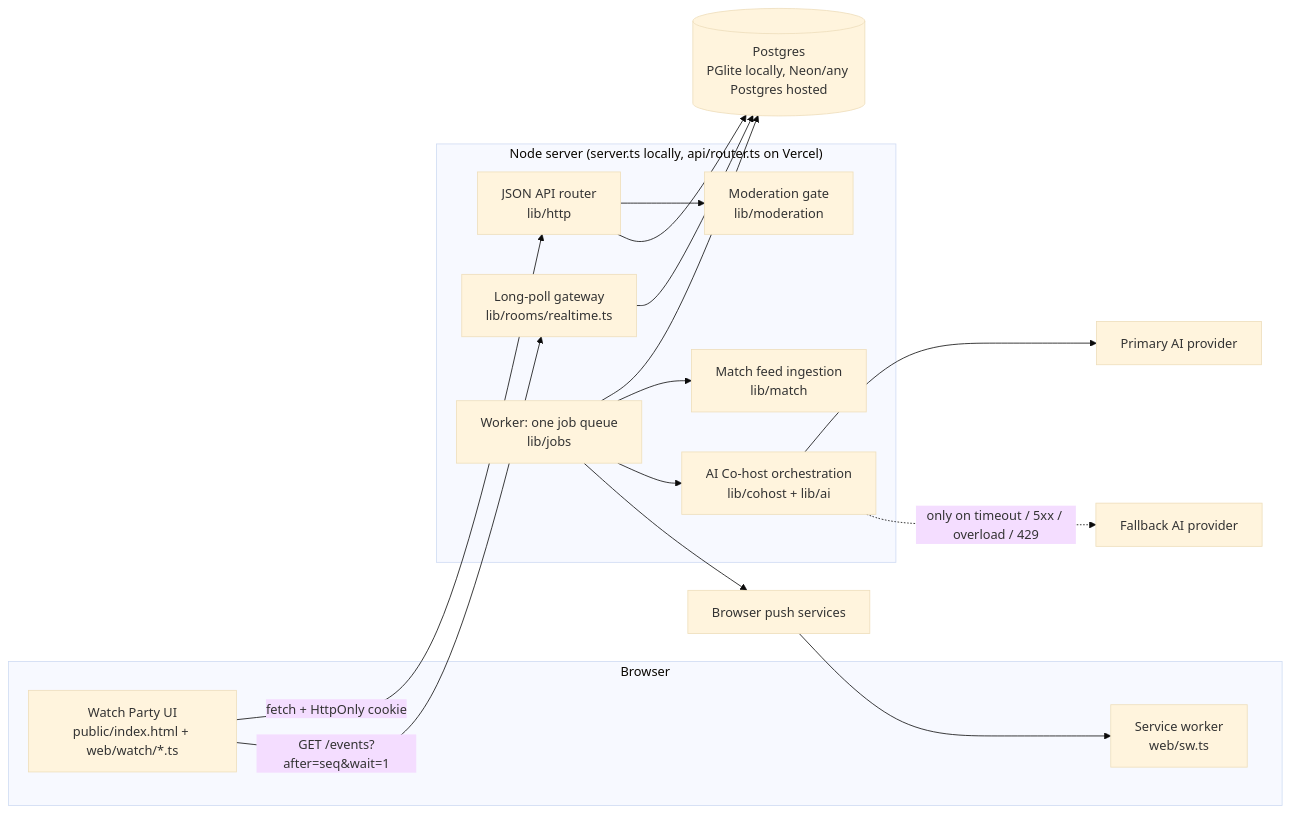
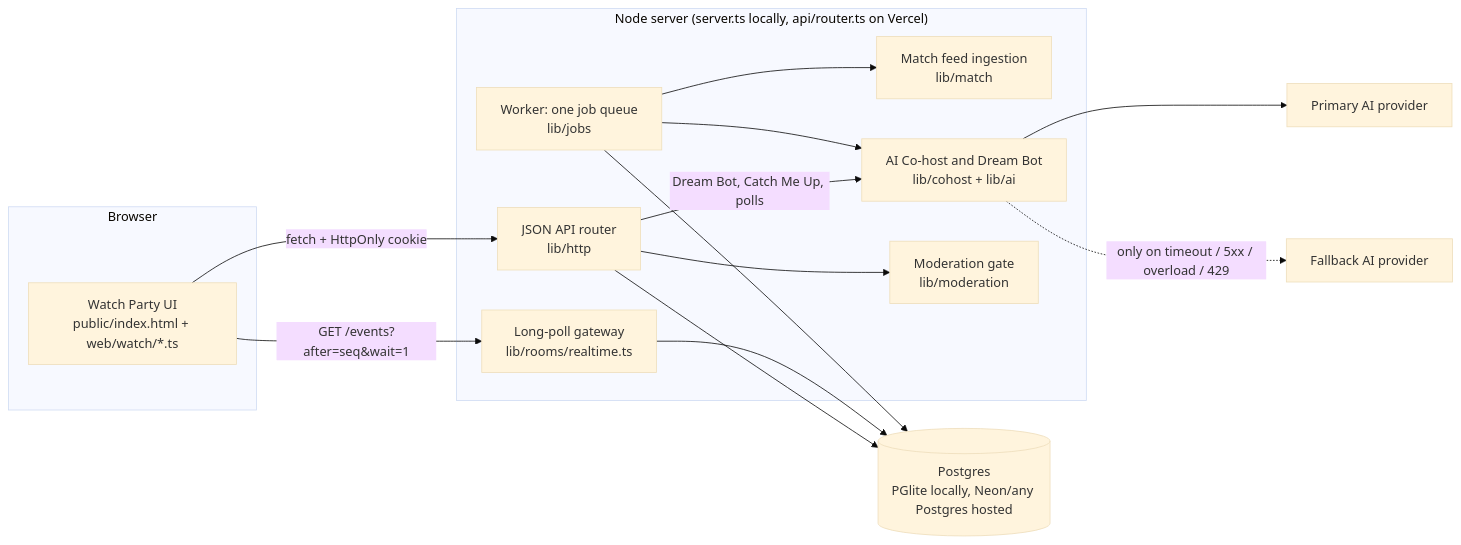
One commit to ankityadav1asia/huddle changed the first of 4 diagrams in docs/architecture.md. Above: the diagram before and after it, drawn with Mermaid (base theme). The commit also changed other lines of this file and 74 other files, not shown here.

First line of the commit message:
Redesign the room; add the Match Centre and Dream Bot; remove push and replays

````diff
--- a/docs/architecture.md
+++ b/docs/architecture.md
@@ -32,30 +36,28 @@
 ```mermaid
 flowchart LR
   subgraph Browser
     UI[Watch Party UI<br/>public/index.html + web/watch/*.ts]
-    SW[Service worker<br/>web/sw.ts]
   end
   subgraph Server["Node server (server.ts locally, api/router.ts on Vercel)"]
     API[JSON API router<br/>lib/http]
     RT[Long-poll gateway<br/>lib/rooms/realtime.ts]
     W[Worker: one job queue<br/>lib/jobs]
     FEED[Match feed ingestion<br/>lib/match]
-    CO[AI Co-host orchestration<br/>lib/cohost + lib/ai]
+    CO[AI Co-host and Dream Bot<br/>lib/cohost + lib/ai]
     MOD[Moderation gate<br/>lib/moderation]
   end
   DB[(Postgres<br/>PGlite locally, Neon/any Postgres hosted)]
   P1[Primary AI provider]
   P2[Fallback AI provider]
-  PUSH[Browser push services]
   UI -- "fetch + HttpOnly cookie" --> API
   UI -- "GET /events?after=seq&wait=1" --> RT
   API --> MOD
   API --> DB
+  API -- "Dream Bot, Catch Me Up, polls" --> CO
   RT --> DB
   W --> DB
   W --> FEED
   W --> CO
   CO --> P1
   CO -. "only on timeout / 5xx / overload / 429" .-> P2
-  W --> PUSH --> SW
 ```
````
